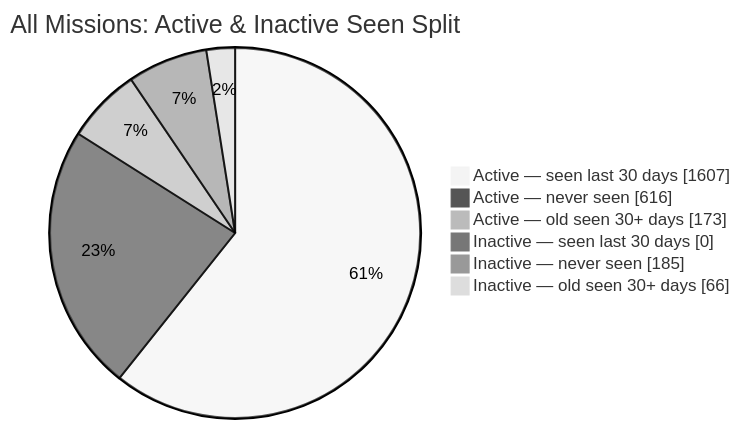
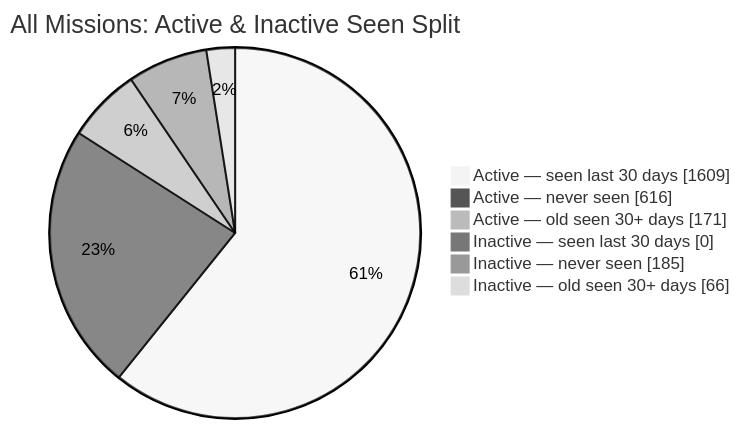
Before and after one commit to MeldkamerspelGameTeam/active-missions: the second of 2 diagrams in README.md, drawn with Mermaid (neutral theme). The commit also changed other lines of this file and 3 other files, not shown here.

````diff
--- a/README.md
+++ b/README.md
@@ -44,10 +44,10 @@
 ```mermaid
 pie showData
     title All Missions: Active & Inactive Seen Split
-    "Active — seen last 30 days" : 1607
+    "Active — seen last 30 days" : 1609
     "Active — never seen" : 616
-    "Active — old seen 30+ days" : 173
+    "Active — old seen 30+ days" : 171
     "Inactive — seen last 30 days" : 0
     "Inactive — never seen" : 185
     "Inactive — old seen 30+ days" : 66
 ```
````
